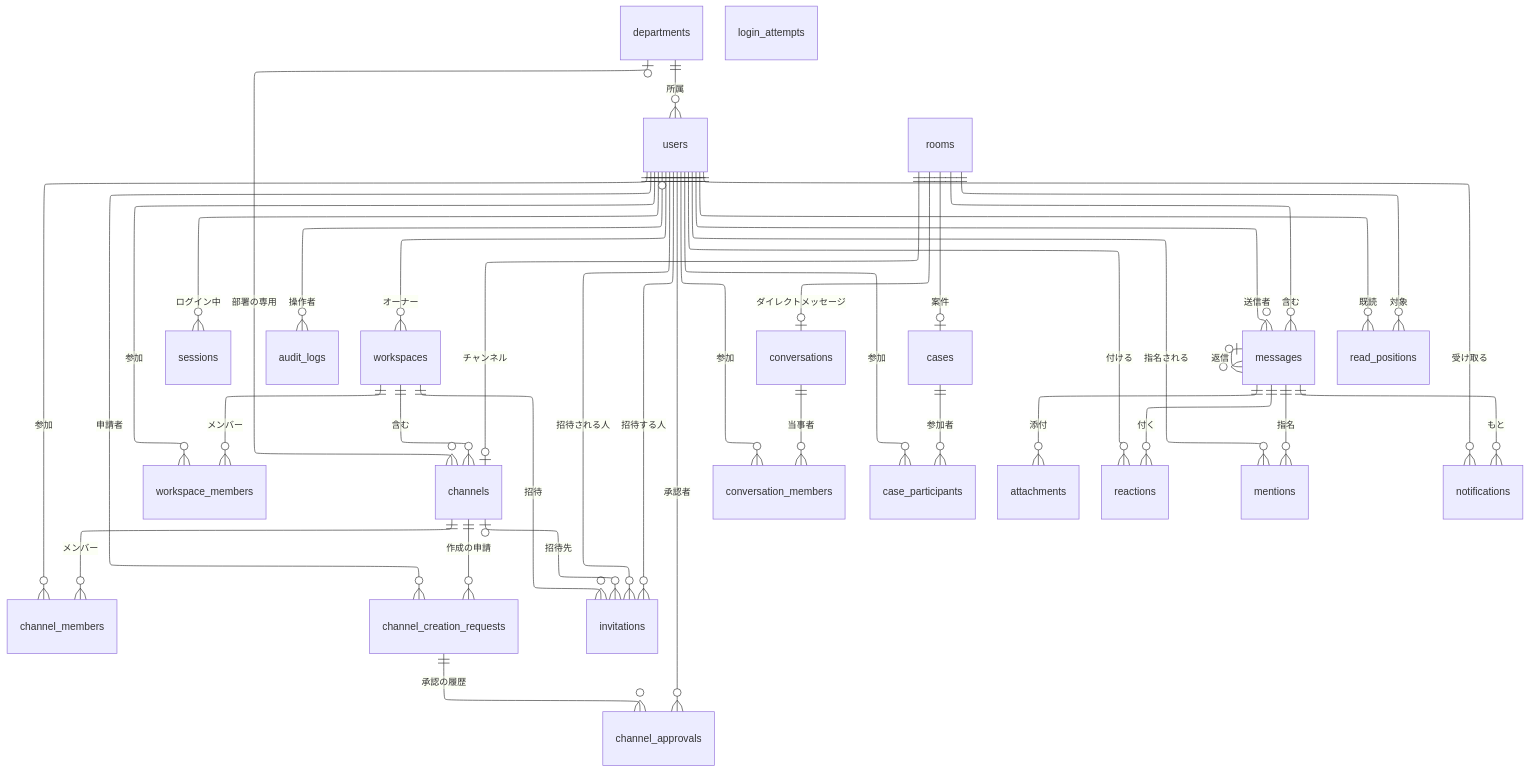
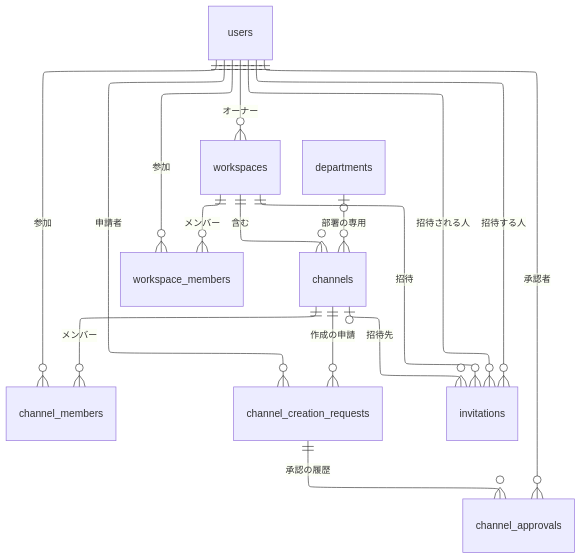
The second of 7 diagrams in docs/requirements/data-model.md (yamamotonaoki3/internal-system), drawn with Mermaid before and after one commit. The commit also changed other lines of this file, not shown here.

Commit message:
docs: データモデルの全体図を領域別の4枚に分割する (#15) (#16)
usersの線を省かず、組織・認証、ワークスペース・チャンネル、やり取りの場、メッセージ・通知に分ける。図の内容は変えない。

````diff
--- a/docs/requirements/data-model.md
+++ b/docs/requirements/data-model.md
@@ -17,45 +39,22 @@
 ```mermaid
 ---
 config:
   layout: elk
 ---
 erDiagram
-    departments ||--o{ users : "所属"
-    users ||--o{ sessions : "ログイン中"
-    users |o--o{ audit_logs : "操作者"
     users ||--o{ workspaces : "オーナー"
     workspaces ||--o{ workspace_members : "メンバー"
     users ||--o{ workspace_members : "参加"
     workspaces ||--o{ channels : "含む"
     departments |o--o{ channels : "部署の専用"
     channels ||--o{ channel_members : "メンバー"
     users ||--o{ channel_members : "参加"
     channels ||--o{ channel_creation_requests : "作成の申請"
     channel_creation_requests ||--o{ channel_approvals : "承認の履歴"
     users ||--o{ channel_creation_requests : "申請者"
     users ||--o{ channel_approvals : "承認者"
     workspaces ||--o{ invitations : "招待"
     channels |o--o{ invitations : "招待先"
     users ||--o{ invitations : "招待する人"
     users ||--o{ invitations : "招待される人"
-    rooms ||--o| channels : "チャンネル"
-    rooms ||--o| conversations : "ダイレクトメッセージ"
-    rooms ||--o| cases : "案件"
-    conversations ||--o{ conversation_members : "当事者"
-    users ||--o{ conversation_members : "参加"
-    cases ||--o{ case_participants : "参加者"
-    users ||--o{ case_participants : "参加"
-    rooms ||--o{ messages : "含む"
-    users ||--o{ messages : "送信者"
-    messages |o--o{ messages : "返信"
-    messages ||--o{ attachments : "添付"
-    messages ||--o{ reactions : "付く"
-    users ||--o{ reactions : "付ける"
-    messages ||--o{ mentions : "指名"
-    users ||--o{ mentions : "指名される"
-    users ||--o{ read_positions : "既読"
-    rooms ||--o{ read_positions : "対象"
-    users ||--o{ notifications : "受け取る"
-    messages ||--o{ notifications : "もと"
-    login_attempts
 ```
````
